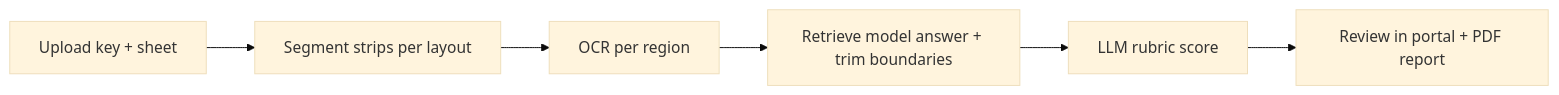
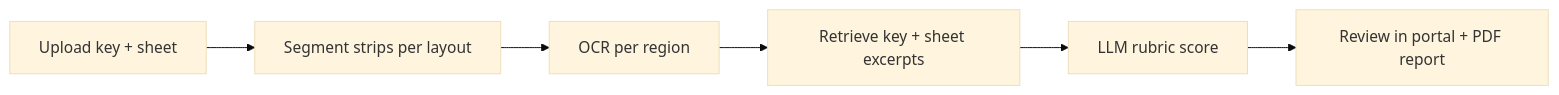
Before and after one commit to CloveCI/GRADE: the diagram in README.md, drawn with Mermaid (base theme). The commit also changed other lines of this file and 10 other files, not shown here.

````diff
--- a/README.md
+++ b/README.md
@@ -17,8 +19,8 @@
 ```mermaid
 flowchart LR
   A[Upload key + sheet] --> B[Segment strips per layout]
   B --> C[OCR per region]
-  C --> D[Retrieve model answer + trim boundaries]
+  C --> D[Retrieve key + sheet excerpts]
   D --> E[LLM rubric score]
   E --> F[Review in portal + PDF report]
 ```
````
